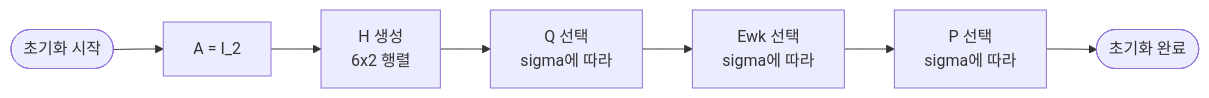
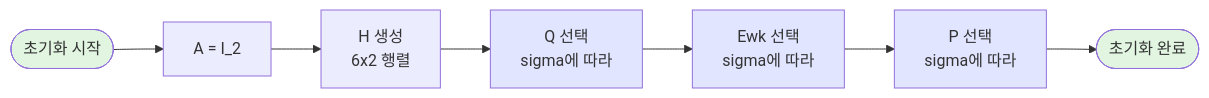
Before and after one commit to Yongseok1221/Kalman_Filter_ToA: the third of 7 diagrams in README.md, drawn with Mermaid. The commit also changed other lines of this file, not shown here.

````diff
--- a/README.md
+++ b/README.md
@@ -54,10 +61,15 @@
 ```mermaid
 flowchart LR
     InitStart([초기화 시작]) --> SetA[A = I_2]
     SetA --> SetH[H 생성<br/>6x2 행렬]
     SetH --> SetQ[Q 선택<br/>sigma에 따라]
     SetQ --> SetEwk[Ewk 선택<br/>sigma에 따라]
     SetEwk --> SetP[P 선택<br/>sigma에 따라]
     SetP --> InitEnd([초기화 완료])
-
+    
+    style InitStart fill:#e1f5e1
+    style InitEnd fill:#e1f5e1
+    style SetQ fill:#e1e5ff
+    style SetEwk fill:#e1e5ff
+    style SetP fill:#e1e5ff
 ```
````
